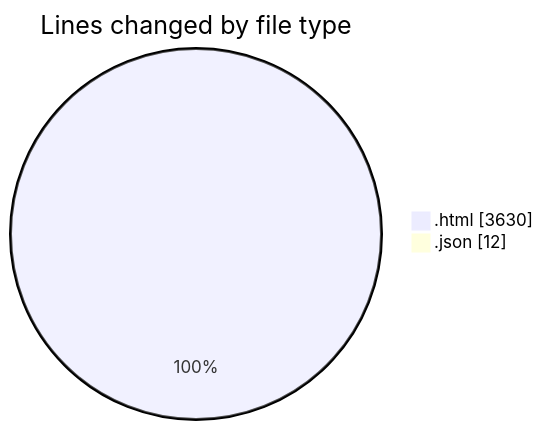
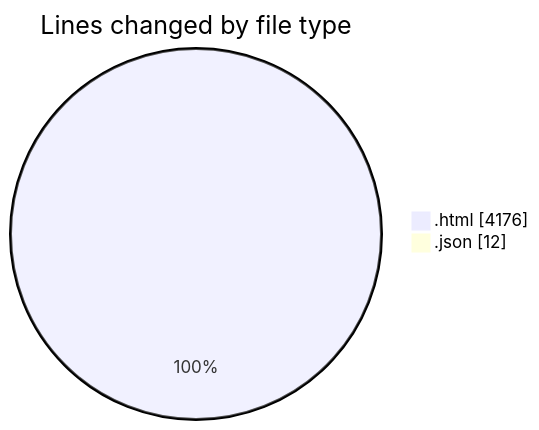
The first of 2 diagrams in 2026-05-21/pdf_invoice/README.md (momahboobian/code-tracking), drawn with Mermaid before and after one commit. The commit also changed other lines of this file and 1 other file, not shown here.

````diff
--- a/2026-05-21/pdf_invoice/README.md
+++ b/2026-05-21/pdf_invoice/README.md
@@ -25,6 +26,6 @@
 ```mermaid
 pie showData
 title Lines changed by file type
-".html" : 3630
+".html" : 4176
 ".json" : 12
 ```
````
